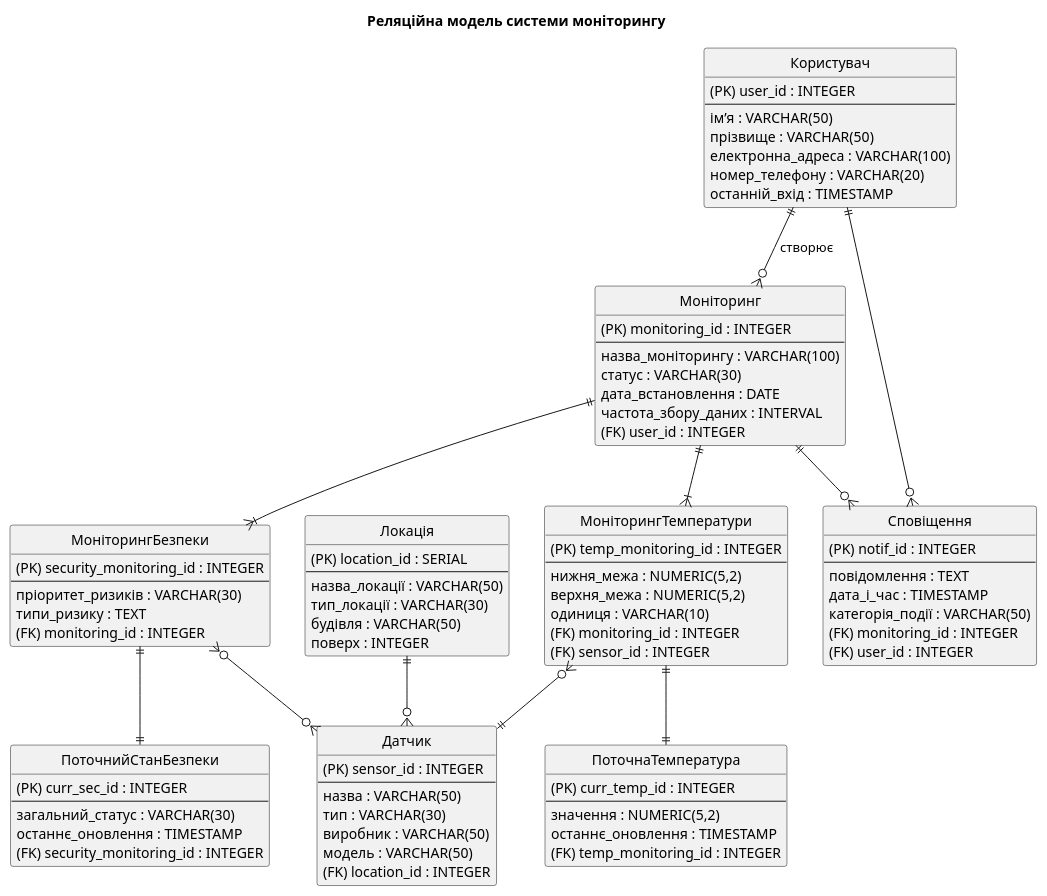
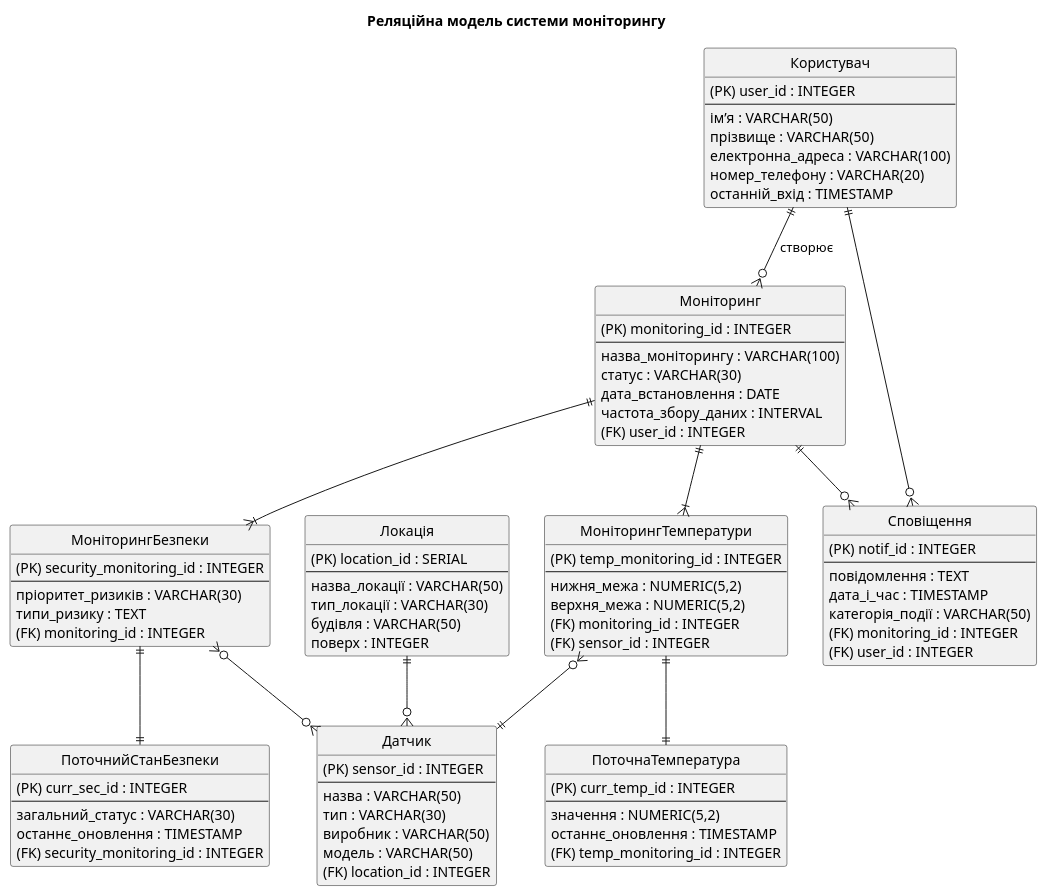
One commit to Julik52/NFR_Files changed the diagram in RelLogicalSchema.puml. Above: the diagram before and after it, drawn with PlantUML.

Commit message:
Remove 'одиниця' field from RelLogicalSchema

```diff
--- a/RelLogicalSchema.puml
+++ b/RelLogicalSchema.puml
@@ -1,101 +1,100 @@
 @startuml
 title Реляційна модель системи моніторингу
 
 hide circle
 
 entity "Користувач" as user {
   (PK) user_id : INTEGER 
   --
   ім’я : VARCHAR(50)
   прізвище : VARCHAR(50)
   електронна_адреса : VARCHAR(100)
   номер_телефону : VARCHAR(20)
   останній_вхід : TIMESTAMP
 }
 
 entity "Моніторинг" as monitoring {
   (PK) monitoring_id : INTEGER
   --
   назва_моніторингу : VARCHAR(100)
   статус : VARCHAR(30)
   дата_встановлення : DATE
   частота_збору_даних : INTERVAL
   (FK) user_id : INTEGER
 }
 
 entity "МоніторингТемператури" as tempMon {
   (PK) temp_monitoring_id : INTEGER
   --
   нижня_межа : NUMERIC(5,2)
   верхня_межа : NUMERIC(5,2)
-  одиниця : VARCHAR(10)
   (FK) monitoring_id : INTEGER
   (FK) sensor_id : INTEGER
 }
 
 entity "МоніторингБезпеки" as secMon {
   (PK) security_monitoring_id : INTEGER
   --
   пріоритет_ризиків : VARCHAR(30)
   типи_ризику : TEXT
   (FK) monitoring_id : INTEGER
 }
 
 entity "ПоточнаТемпература" as currTemp {
   (PK) curr_temp_id : INTEGER
   --
   значення : NUMERIC(5,2)
   останнє_оновлення : TIMESTAMP
   (FK) temp_monitoring_id : INTEGER
 }
 
 entity "ПоточнийСтанБезпеки" as currSec {
   (PK) curr_sec_id : INTEGER
   --
   загальний_статус : VARCHAR(30)
   останнє_оновлення : TIMESTAMP
   (FK) security_monitoring_id : INTEGER
 }
 
 entity "Сповіщення" as notif {
   (PK) notif_id : INTEGER
   --
   повідомлення : TEXT
   дата_і_час : TIMESTAMP
   категорія_події : VARCHAR(50)
   (FK) monitoring_id : INTEGER
   (FK) user_id : INTEGER
 }
 
 entity "Датчик" as sensor {
   (PK) sensor_id : INTEGER
   --
   назва : VARCHAR(50)
   тип : VARCHAR(30)
   виробник : VARCHAR(50)
   модель : VARCHAR(50)
   (FK) location_id : INTEGER
 }
 
 entity "Локація" as location {
   (PK) location_id : SERIAL
   --
   назва_локації : VARCHAR(50)
   тип_локації : VARCHAR(30)
   будівля : VARCHAR(50)
   поверх : INTEGER
 }
 
 ' --- Зв’язки ---
 user ||--o{ monitoring : створює
 monitoring ||--|{ tempMon
 monitoring ||--|{ secMon
 tempMon ||--|| currTemp
 secMon ||--|| currSec
 tempMon }o--|| sensor
 secMon }o--o{ sensor
 location ||--o{ sensor
 monitoring ||--o{ notif
 user ||--o{ notif
 
 @enduml
```
